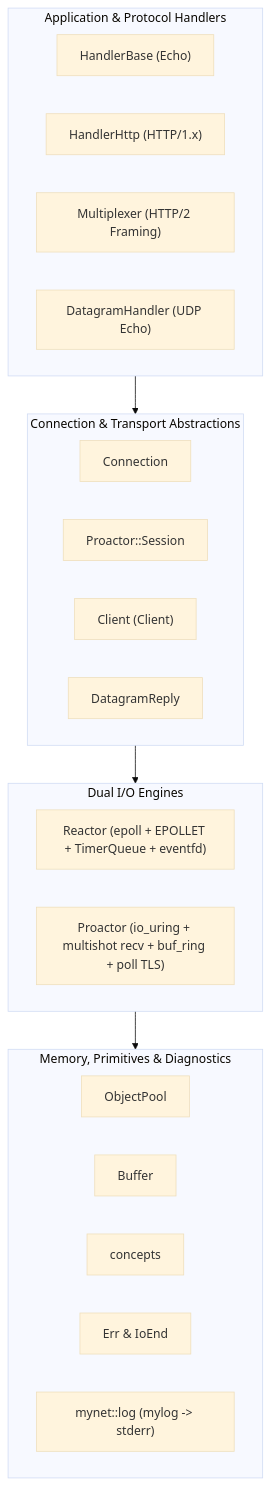
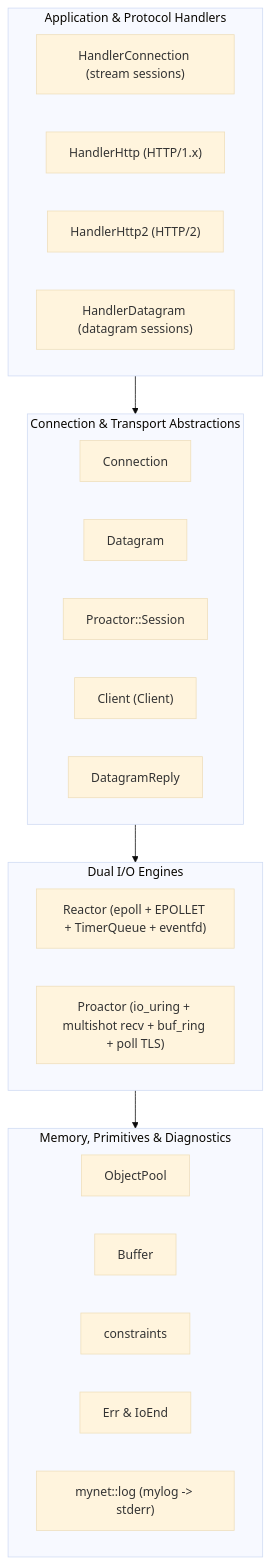
One commit to printf033/mynet changed the diagram in README.md. Above: the diagram before and after it, drawn with Mermaid (base theme). The commit also changed other lines of this file and 63 other files, not shown here.

````diff
--- a/README.md
+++ b/README.md
@@ -75,37 +75,38 @@
 ```mermaid
 flowchart TD
     subgraph App ["Application & Protocol Handlers"]
         direction LR
-        HandlerEcho["HandlerBase (Echo)"]
+        ConnHandler["HandlerConnection (stream sessions)"]
         HandlerHttp["HandlerHttp (HTTP/1.x)"]
-        Mux["Multiplexer<StreamHandler> (HTTP/2 Framing)"]
-        UdpEcho["DatagramHandler (UDP Echo)"]
+        Mux["HandlerHttp2<StreamHandler> (HTTP/2)"]
+        DatagramHandler["HandlerDatagram (datagram sessions)"]
     end
 
     subgraph Core ["Connection & Transport Abstractions"]
         direction LR
         Conn["Connection<Handler>"]
+        Dgram["Datagram<Handler>"]
         Session["Proactor::Session"]
         PeerCl["Client<Event> (Client)"]
         Datagram["DatagramReply"]
     end
 
     subgraph Engine ["Dual I/O Engines"]
         direction LR
         ReactorEngine["Reactor (epoll + EPOLLET + TimerQueue + eventfd)"]
         ProactorEngine["Proactor (io_uring + multishot recv + buf_ring + poll TLS)"]
     end
 
     subgraph Foundation ["Memory, Primitives & Diagnostics"]
         direction LR
         Pool["ObjectPool<T>"]
         Buf["Buffer"]
-        Concepts["concepts"]
+        Constraints["constraints"]
         Err["Err & IoEnd"]
         Log["mynet::log (mylog -> stderr)"]
     end
 
     App --> Core
     Core --> Engine
     Engine --> Foundation
 ```
````
